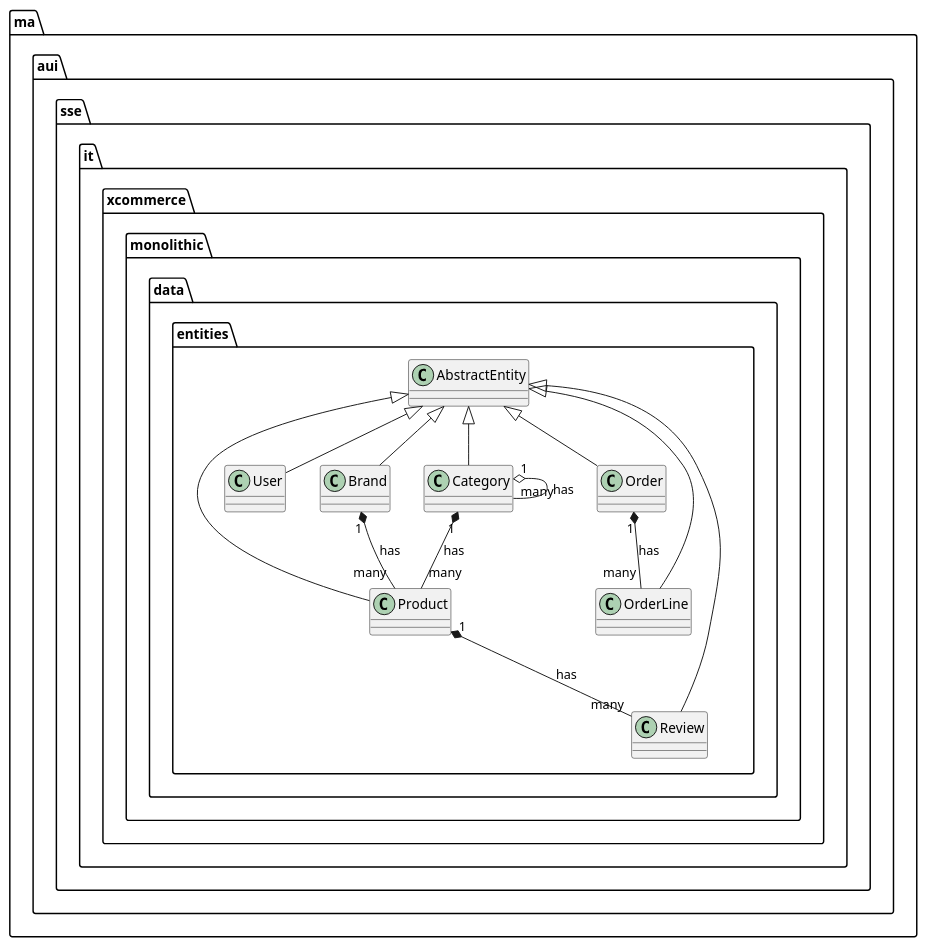
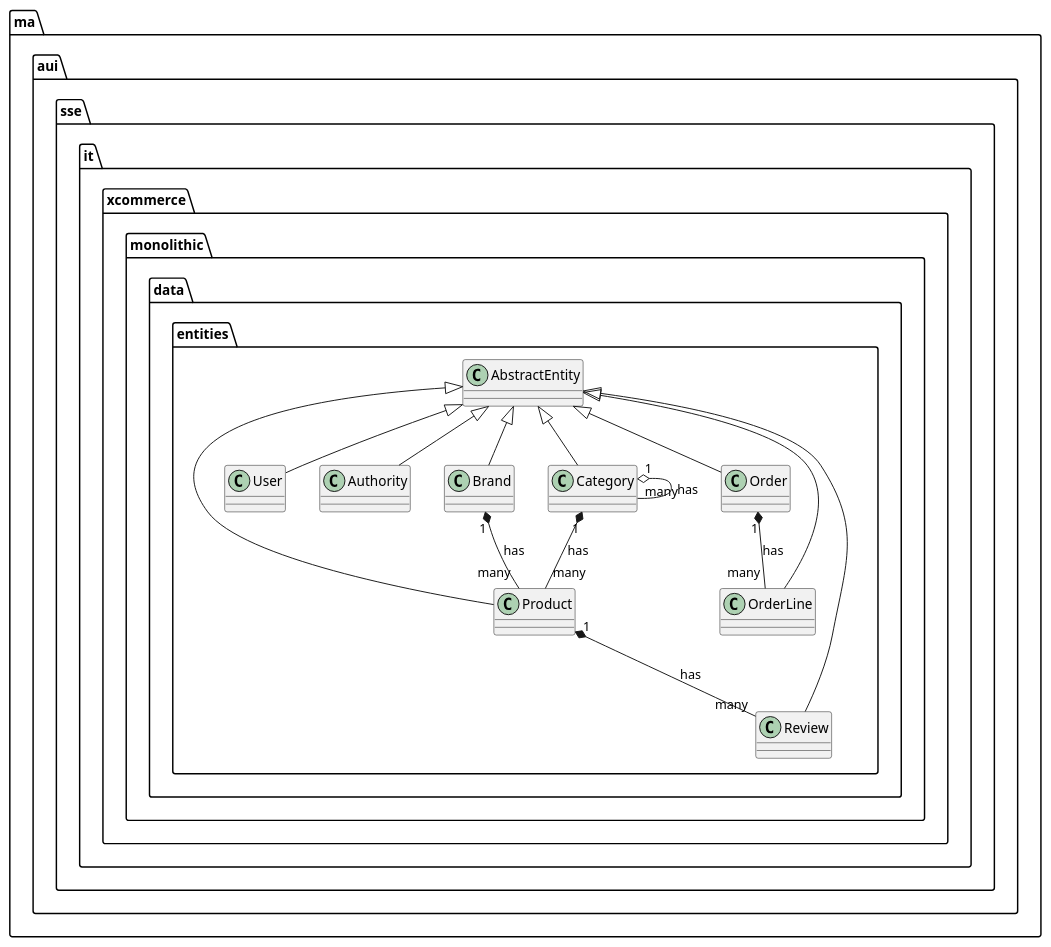
One commit to oiraqi/xcommerce-monolithic changed the first of 2 diagrams in final/src/main/resources/diagram.class.wsd. Above: the diagram before and after it, drawn with PlantUML. The commit also changed other lines of this file and 3 other files, not shown here.

```diff
--- a/final/src/main/resources/diagram.class.wsd
+++ b/final/src/main/resources/diagram.class.wsd
@@ -1,14 +1,15 @@
 @startuml EntityClassDiagram
 ma.aui.sse.it.xcommerce.monolithic.data.entities.AbstractEntity <|-- ma.aui.sse.it.xcommerce.monolithic.data.entities.Product
 ma.aui.sse.it.xcommerce.monolithic.data.entities.AbstractEntity <|-- ma.aui.sse.it.xcommerce.monolithic.data.entities.User
+ma.aui.sse.it.xcommerce.monolithic.data.entities.AbstractEntity <|-- ma.aui.sse.it.xcommerce.monolithic.data.entities.Authority
 ma.aui.sse.it.xcommerce.monolithic.data.entities.AbstractEntity <|-- ma.aui.sse.it.xcommerce.monolithic.data.entities.Brand
 ma.aui.sse.it.xcommerce.monolithic.data.entities.AbstractEntity <|-- ma.aui.sse.it.xcommerce.monolithic.data.entities.Category
 ma.aui.sse.it.xcommerce.monolithic.data.entities.AbstractEntity <|-- ma.aui.sse.it.xcommerce.monolithic.data.entities.Order
 ma.aui.sse.it.xcommerce.monolithic.data.entities.AbstractEntity <|-- ma.aui.sse.it.xcommerce.monolithic.data.entities.OrderLine
 ma.aui.sse.it.xcommerce.monolithic.data.entities.AbstractEntity <|-- ma.aui.sse.it.xcommerce.monolithic.data.entities.Review
 ma.aui.sse.it.xcommerce.monolithic.data.entities.Brand "1" *-- "many" ma.aui.sse.it.xcommerce.monolithic.data.entities.Product : has
 ma.aui.sse.it.xcommerce.monolithic.data.entities.Product "1" *-- "many" ma.aui.sse.it.xcommerce.monolithic.data.entities.Review : has
 ma.aui.sse.it.xcommerce.monolithic.data.entities.Category "1" *-- "many" ma.aui.sse.it.xcommerce.monolithic.data.entities.Product : has
 ma.aui.sse.it.xcommerce.monolithic.data.entities.Category "1" o-- "many" ma.aui.sse.it.xcommerce.monolithic.data.entities.Category : has
 ma.aui.sse.it.xcommerce.monolithic.data.entities.Order "1" *-- "many" ma.aui.sse.it.xcommerce.monolithic.data.entities.OrderLine : has
 @enduml
```
